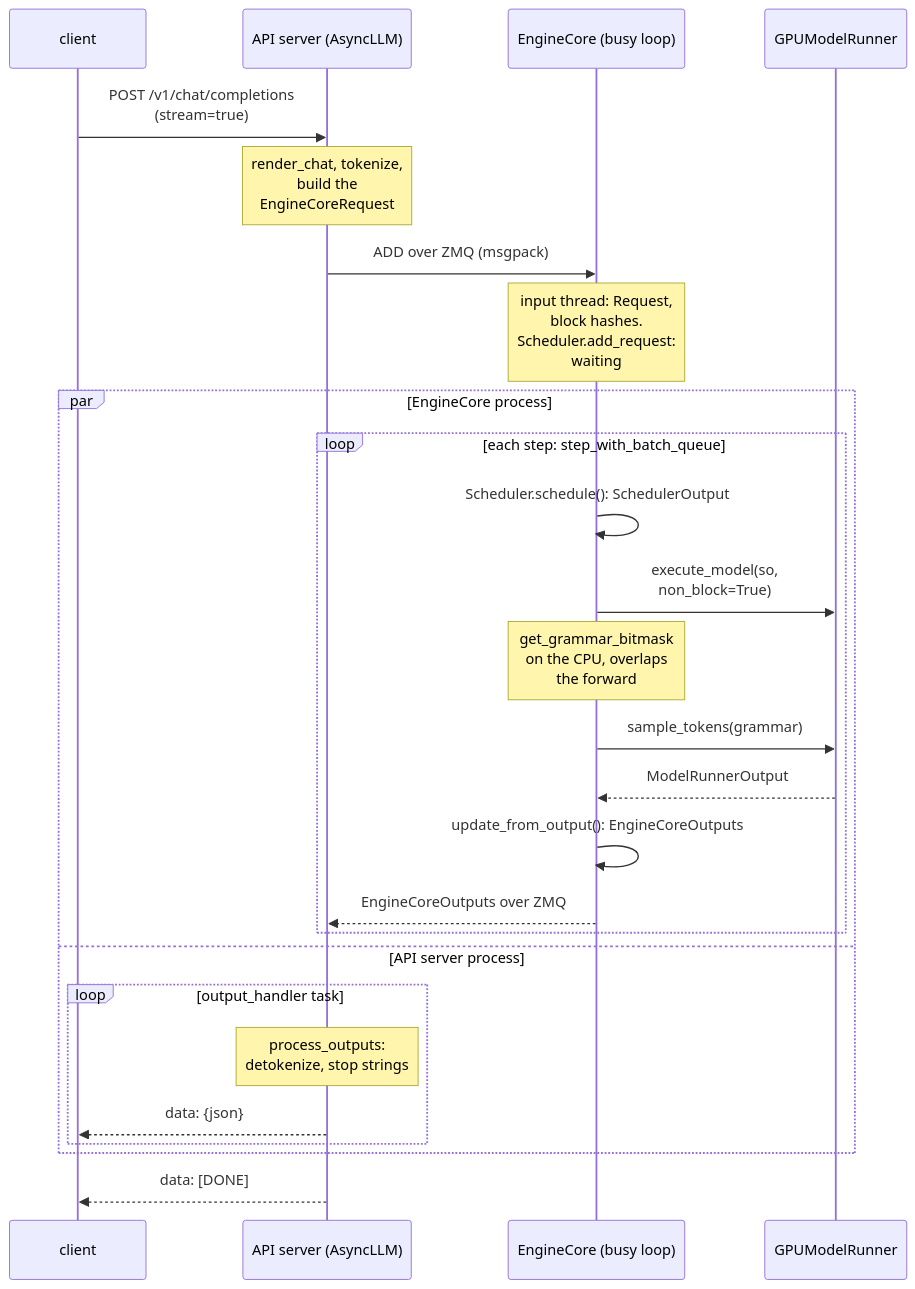
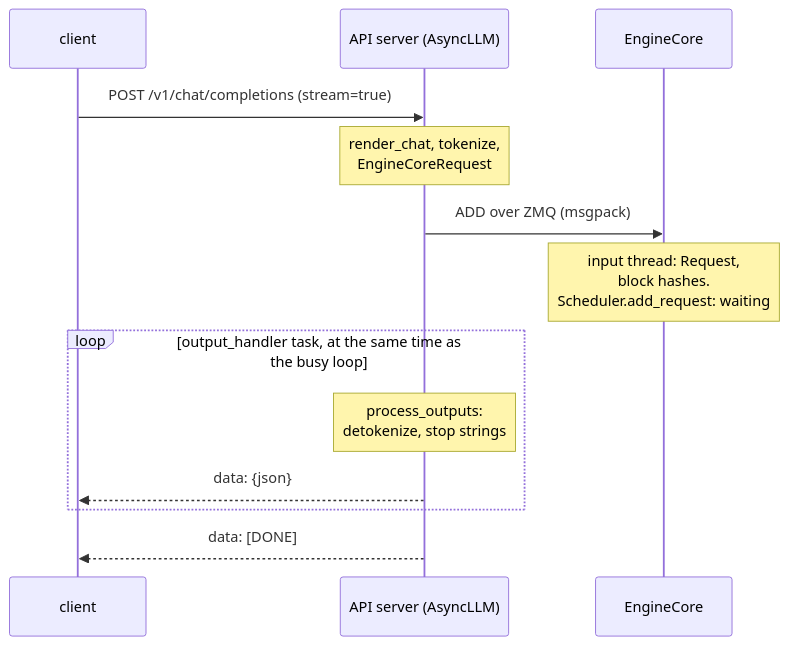
Before and after one commit to aniryou/full-stack-agentic-engineer: the second of 5 diagrams in 04-inference-engine/vllm-internals/vllm-internals-primer.md, drawn with Mermaid. The commit also changed other lines of this file and 633 other files, not shown here.

First line of the commit message:
Accessible language and one-screen figures, part 1: every figure fits a screen, the STE second pass over the layers (#53)

````diff
--- a/04-inference-engine/vllm-internals/vllm-internals-primer.md
+++ b/04-inference-engine/vllm-internals/vllm-internals-primer.md
@@ -214,28 +215,15 @@
 ```mermaid
 sequenceDiagram
     participant C as client
     participant A as API server (AsyncLLM)
-    participant E as EngineCore (busy loop)
-    participant G as GPUModelRunner
-    C->>A: POST /v1/chat/completions<br/>(stream=true)
-    Note over A: render_chat, tokenize,<br/>build the<br/>EngineCoreRequest
+    participant E as EngineCore
+    C->>A: POST /v1/chat/completions (stream=true)
+    Note over A: render_chat, tokenize,<br/>EngineCoreRequest
     A->>E: ADD over ZMQ (msgpack)
-    Note over E: input thread: Request,<br/>block hashes.<br/>Scheduler.add_request:<br/>waiting
-    par EngineCore process
-        loop each step: step_with_batch_queue
-            E->>E: Scheduler.schedule(): SchedulerOutput
-            E->>G: execute_model(so,<br/>non_block=True)
-            Note over E: get_grammar_bitmask<br/>on the CPU, overlaps<br/>the forward
-            E->>G: sample_tokens(grammar)
-            G-->>E: ModelRunnerOutput
-            E->>E: update_from_output(): EngineCoreOutputs
-            E-->>A: EngineCoreOutputs over ZMQ
-        end
-    and API server process
-        loop output_handler task
-            Note over A: process_outputs:<br/>detokenize, stop strings
-            A-->>C: data: {json}
-        end
+    Note over E: input thread: Request,<br/>block hashes.<br/>Scheduler.add_request: waiting
+    loop output_handler task, at the same time as the busy loop
+        Note over A: process_outputs:<br/>detokenize, stop strings
+        A-->>C: data: {json}
     end
     A-->>C: data: [DONE]
 ```
````
